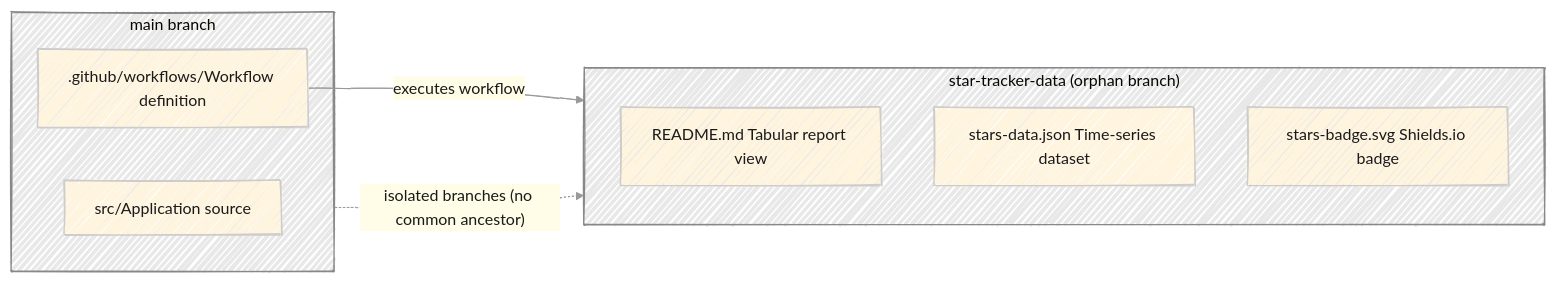
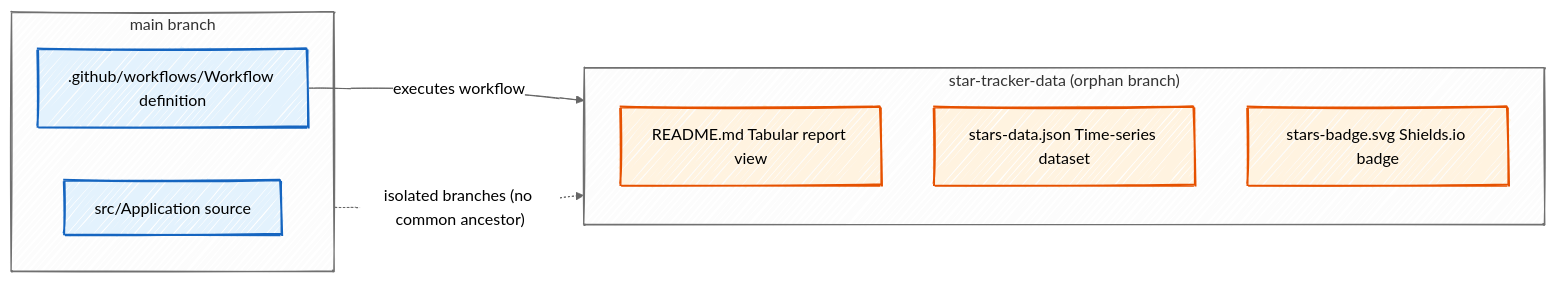
One commit to fbuireu/github-star-tracker changed the second of 2 diagrams in README.md. Above: the diagram before and after it, drawn with Mermaid. The commit also changed other lines of this file, not shown here.

Commit message:
docs: test mermaid color

````diff
--- a/README.md
+++ b/README.md
@@ -129,30 +136,27 @@
 ```mermaid
 ---
 config:
   look: handDrawn
-  theme: base
-  themeVariables:
-    background: transparent
-    clusterBkg: "#e8e8e8"
-    clusterBorder: "#888"
-    nodeBkg: "#fffde7"
-    nodeBorder: "#ccc"
-    primaryTextColor: "#1a1a1a"
-    lineColor: "#999"
-    edgeLabelBackground: "#fffde7"
+  theme: neutral
 ---
 graph LR
     subgraph main ["main branch"]
         src["src/Application source"]
         wf[".github/workflows/Workflow definition"]
     end
 
     subgraph data ["star-tracker-data (orphan branch)"]
         readme["README.md Tabular report view"]
         json["stars-data.json Time-series dataset"]
         badge["stars-badge.svg Shields.io badge"]
     end
 
     wf -- "executes workflow" --> data
     main -.->|"isolated branches (no common ancestor)"| data
+
+    style src fill:#e3f2fd,stroke:#1565c0,stroke-width:2px
+    style wf fill:#e3f2fd,stroke:#1565c0,stroke-width:2px
+    style readme fill:#fff3e0,stroke:#e65100,stroke-width:2px
+    style json fill:#fff3e0,stroke:#e65100,stroke-width:2px
+    style badge fill:#fff3e0,stroke:#e65100,stroke-width:2px
 ```
````
